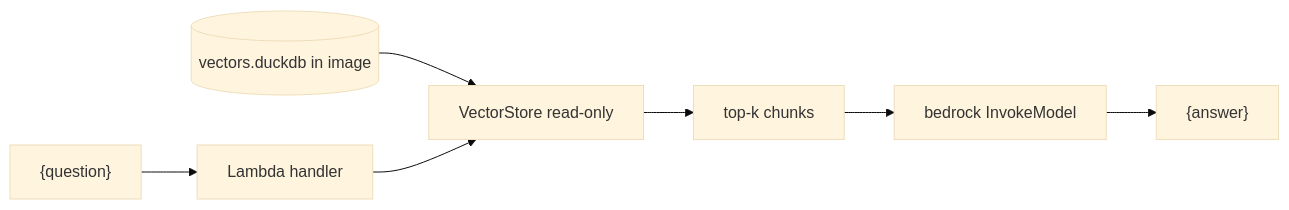
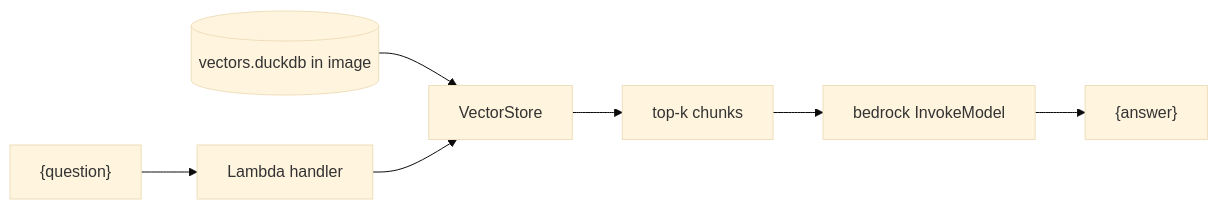
One commit to bernard357/duckdb-vectors changed the diagram in documentation/aws-lambda-guide.md. Above: the diagram before and after it, drawn with Mermaid (base theme). The commit also changed other lines of this file and 41 other files, not shown here.

First line of the commit message:
refactor!: remove the read-only store concept package-wide

````diff
--- a/documentation/aws-lambda-guide.md
+++ b/documentation/aws-lambda-guide.md
@@ -34,9 +34,9 @@
 ```mermaid
 flowchart LR
     Event["{question}"] --> Handler[Lambda handler]
-    DB[(vectors.duckdb in image)] --> Store[VectorStore read-only]
+    DB[(vectors.duckdb in image)] --> Store[VectorStore]
     Handler --> Store
     Store --> Context[top-k chunks]
     Context --> Bedrock[bedrock InvokeModel]
     Bedrock --> Response["{answer}"]
 ```
````
